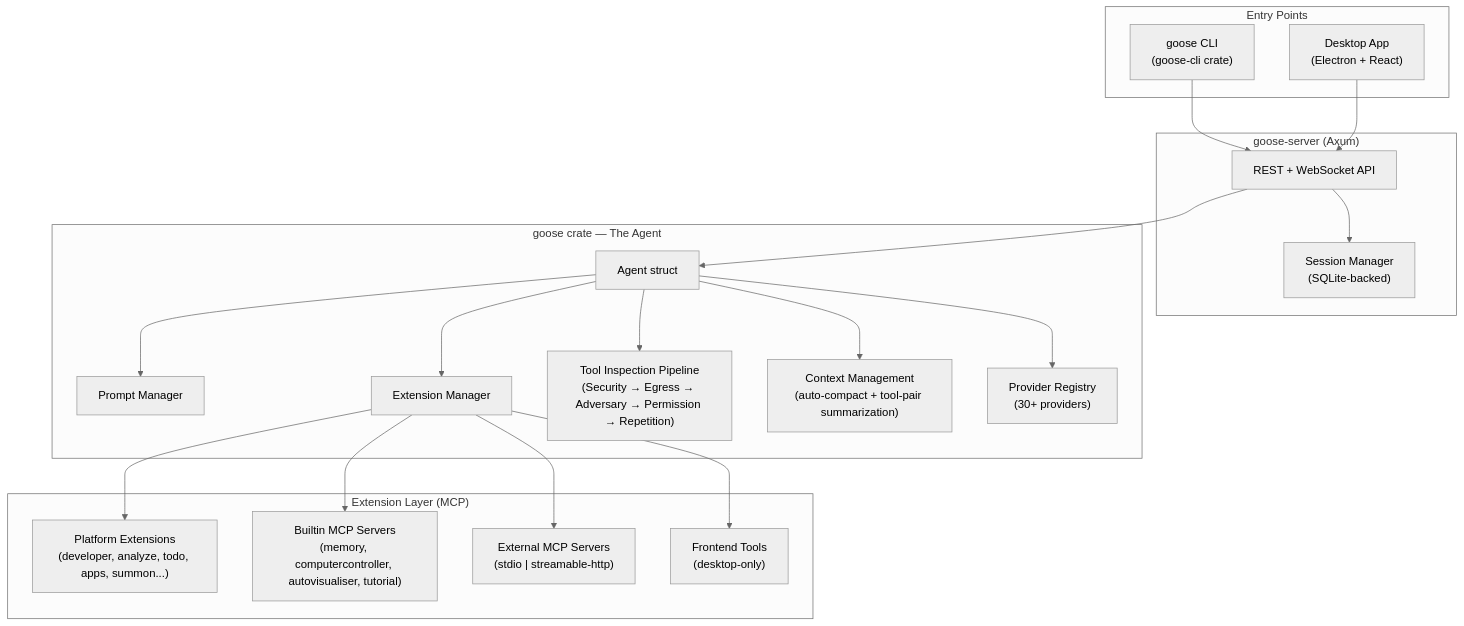
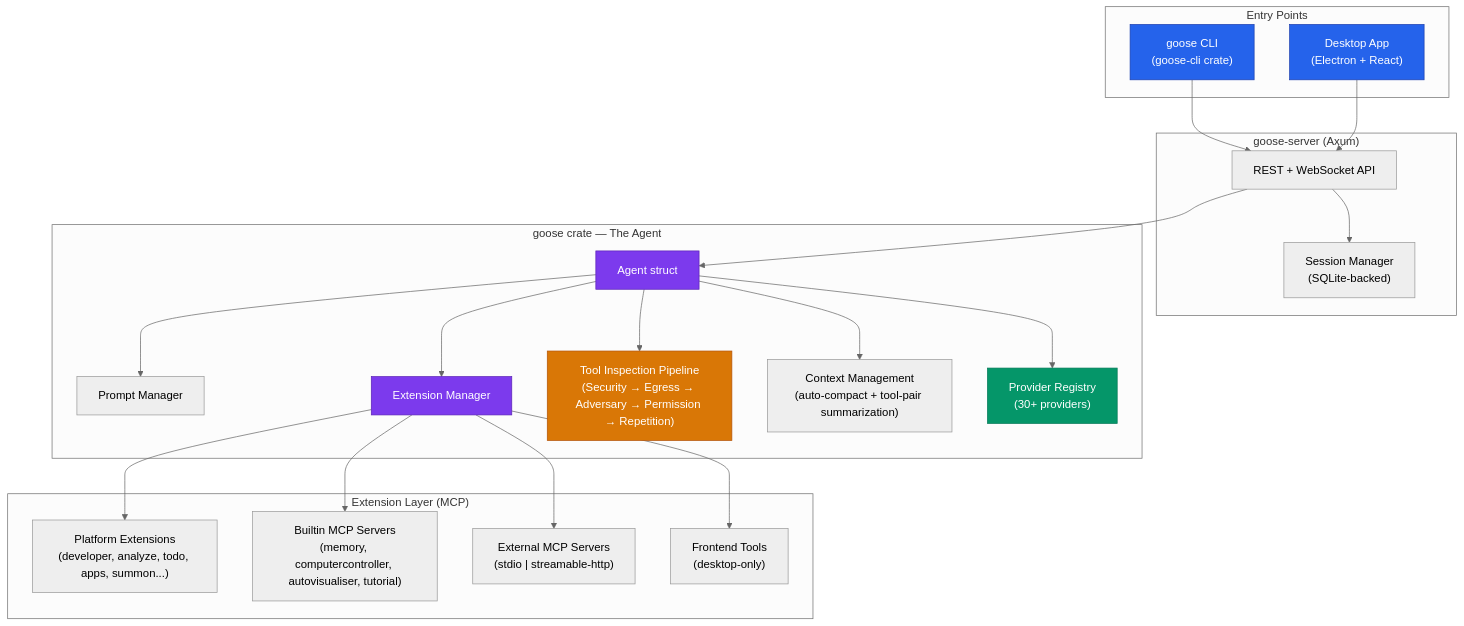
One commit to Codeblackbyshazzy/awesome-ai-anatomy changed the first of 3 diagrams in goose/README.md. Above: the diagram before and after it, drawn with Mermaid (neutral theme). The commit also changed other lines of this file and 6 other files, not shown here.

Commit message:
feat: AIDA optimization — teardown titles, diagram styles, hooks

````diff
--- a/goose/README.md
+++ b/goose/README.md
@@ -24,42 +24,55 @@
 ```mermaid
 graph TB
     subgraph Entry["Entry Points"]
         CLI["goose CLI<br/>(goose-cli crate)"]
         Desktop["Desktop App<br/>(Electron + React)"]
     end
 
     subgraph Server["goose-server (Axum)"]
         API["REST + WebSocket API"]
         SessionMgr["Session Manager<br/>(SQLite-backed)"]
     end
 
     subgraph Core["goose crate — The Agent"]
         Agent["Agent struct"]
         PromptMgr["Prompt Manager"]
         ExtMgr["Extension Manager"]
         ToolInspection["Tool Inspection Pipeline<br/>(Security → Egress → Adversary → Permission → Repetition)"]
         ContextMgmt["Context Management<br/>(auto-compact + tool-pair summarization)"]
         ProviderRegistry["Provider Registry<br/>(30+ providers)"]
     end
 
     subgraph Extensions["Extension Layer (MCP)"]
         Platform["Platform Extensions<br/>(developer, analyze, todo, apps, summon...)"]
         Builtin["Builtin MCP Servers<br/>(memory, computercontroller, autovisualiser, tutorial)"]
         External["External MCP Servers<br/>(stdio | streamable-http)"]
         Frontend["Frontend Tools<br/>(desktop-only)"]
     end
 
     CLI --> API
     Desktop --> API
     API --> SessionMgr
     API --> Agent
     Agent --> PromptMgr
     Agent --> ExtMgr
     Agent --> ToolInspection
     Agent --> ContextMgmt
     Agent --> ProviderRegistry
     ExtMgr --> Platform
     ExtMgr --> Builtin
     ExtMgr --> External
     ExtMgr --> Frontend
+
+    classDef primary fill:#2563eb,stroke:#1e40af,color:#fff
+    classDef secondary fill:#7c3aed,stroke:#5b21b6,color:#fff
+    classDef accent fill:#059669,stroke:#047857,color:#fff
+    classDef warn fill:#d97706,stroke:#b45309,color:#fff
+    classDef neutral fill:#374151,stroke:#1f2937,color:#fff
+
+    class CLI primary
+    class Desktop primary
+    class Agent secondary
+    class ExtMgr secondary
+    class ToolInspection warn
+    class ProviderRegistry accent
 ```
````
